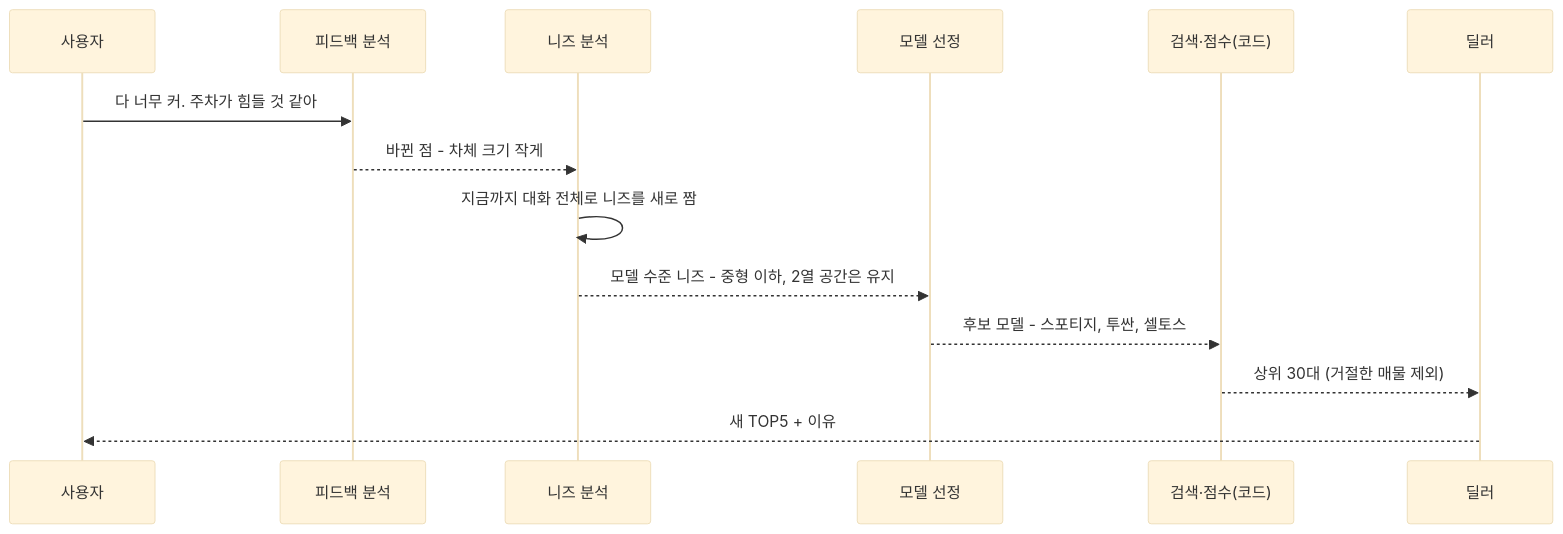
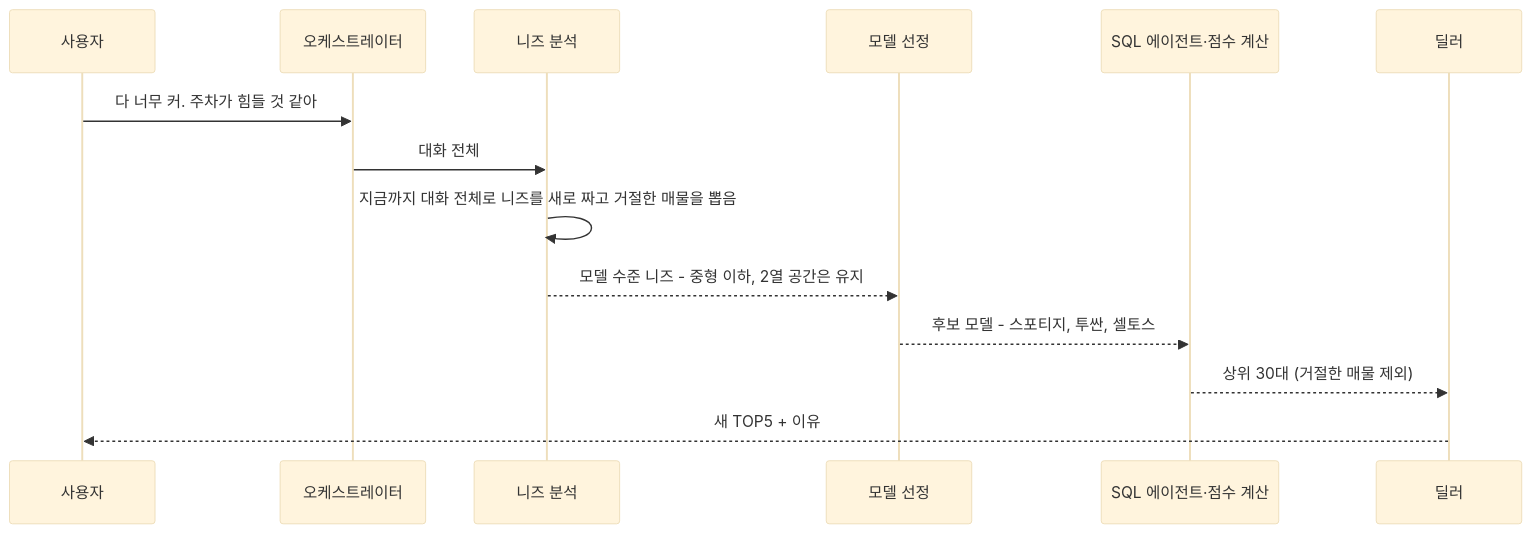
One commit to Jacod97/car-recommend-agent changed the second of 6 diagrams in docs/agent-design.md. Above: the diagram before and after it, drawn with Mermaid (base theme). The commit also changed other lines of this file and 2 other files, not shown here.

````diff
--- a/docs/agent-design.md
+++ b/docs/agent-design.md
@@ -78,16 +84,16 @@
 ```mermaid
 sequenceDiagram
     participant U as 사용자
-    participant P as 피드백 분석
+    participant O as 오케스트레이터
     participant N as 니즈 분석
     participant M as 모델 선정
-    participant S as 검색·점수(코드)
+    participant S as SQL 에이전트·점수 계산
     participant L as 딜러
-    U->>P: 다 너무 커. 주차가 힘들 것 같아
-    P-->>N: 바뀐 점 - 차체 크기 작게
-    N->>N: 지금까지 대화 전체로 니즈를 새로 짬
+    U->>O: 다 너무 커. 주차가 힘들 것 같아
+    O->>N: 대화 전체
+    N->>N: 지금까지 대화 전체로 니즈를 새로 짜고 거절한 매물을 뽑음
     N-->>M: 모델 수준 니즈 - 중형 이하, 2열 공간은 유지
     M-->>S: 후보 모델 - 스포티지, 투싼, 셀토스
     S-->>L: 상위 30대 (거절한 매물 제외)
     L-->>U: 새 TOP5 + 이유
 ```
````
